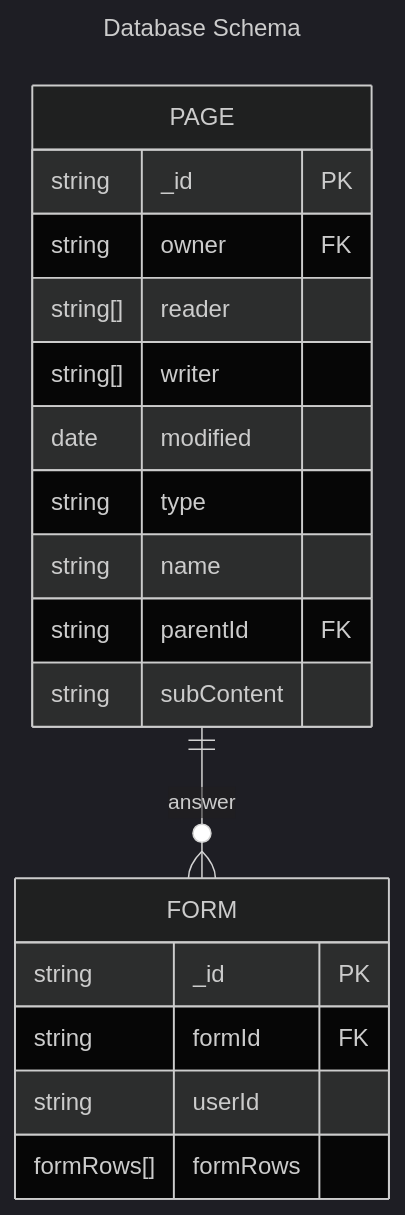
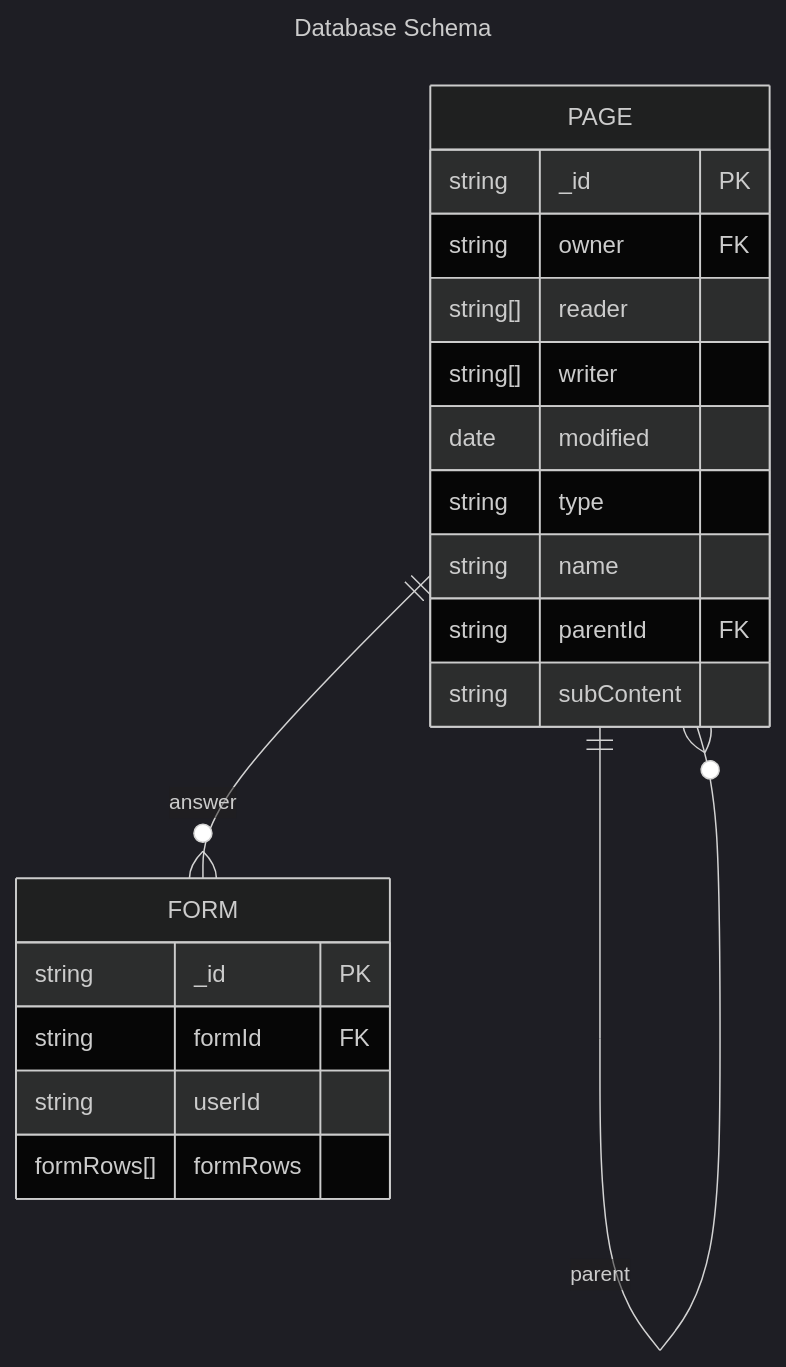
The diagram in TAD/TAD_Mongo.md (remi-espie/polynotes), drawn with Mermaid (dark theme) before and after one commit. The commit also changed other lines of this file and 1 other file, not shown here.

````diff
--- a/TAD/TAD_Mongo.md
+++ b/TAD/TAD_Mongo.md
@@ -90,24 +90,25 @@
 ```mermaid
 ---
 title: Database Schema
 ---
 erDiagram
+  PAGE ||--o{ PAGE: parent
   PAGE ||--o{ FORM: answer
   PAGE {
     string _id PK
     string owner FK
     string[] reader
     string[] writer
     date modified
     string type
     string name
     string parentId FK
     string subContent
   }
   FORM {
     string _id PK
     string formId FK
     string userId
     formRows[] formRows
   }
 ```
````
